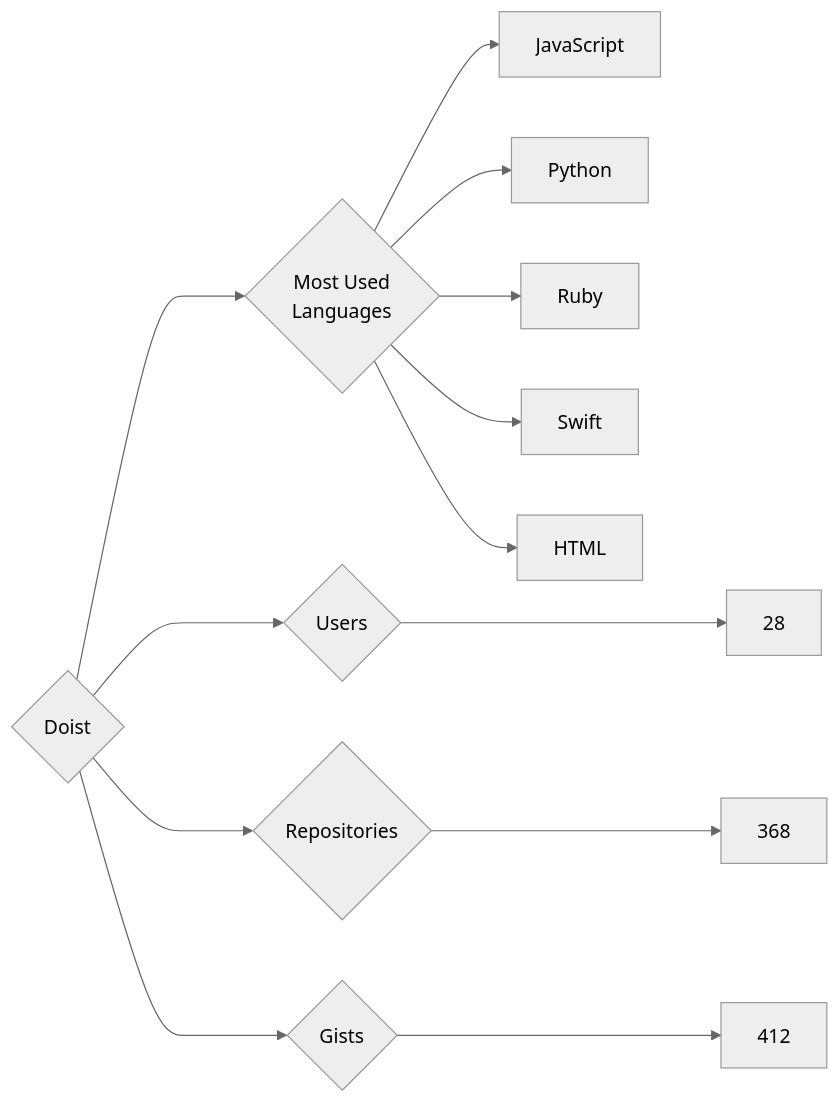
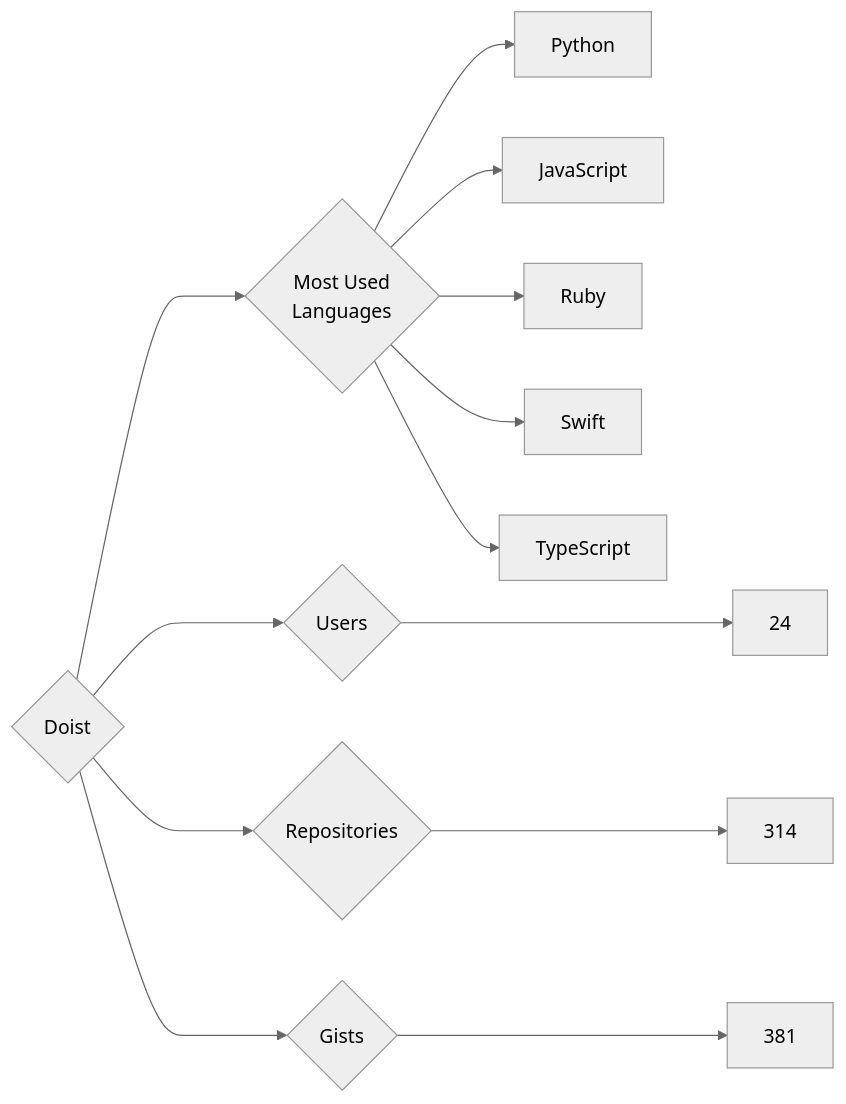
The diagram in targets/Doist/README.md (trickest/insiders), drawn with Mermaid (neutral theme) before and after one commit. The commit also changed 809 other files, not shown here.

````diff
--- a/targets/Doist/README.md
+++ b/targets/Doist/README.md
@@ -3,13 +3,13 @@
 ```mermaid
 graph LR
 COMPANY_NAME{Doist}
-COMPANY_NAME ---> U{Users} ---> UN[28]
-COMPANY_NAME ---> R{Repositories} ---> RN[368]
-COMPANY_NAME ---> G{Gists} ---> GN[412]
+COMPANY_NAME ---> U{Users} ---> UN[24]
+COMPANY_NAME ---> R{Repositories} ---> RN[314]
+COMPANY_NAME ---> G{Gists} ---> GN[381]
 COMPANY_NAME ---> ML{Most Used<br>Languages}
+ML --> Python[Python]
 ML --> JavaScript[JavaScript]
-ML --> Python[Python]
 ML --> Ruby[Ruby]
 ML --> Swift[Swift]
-ML --> HTML[HTML]
+ML --> TypeScript[TypeScript]
 ```
````
